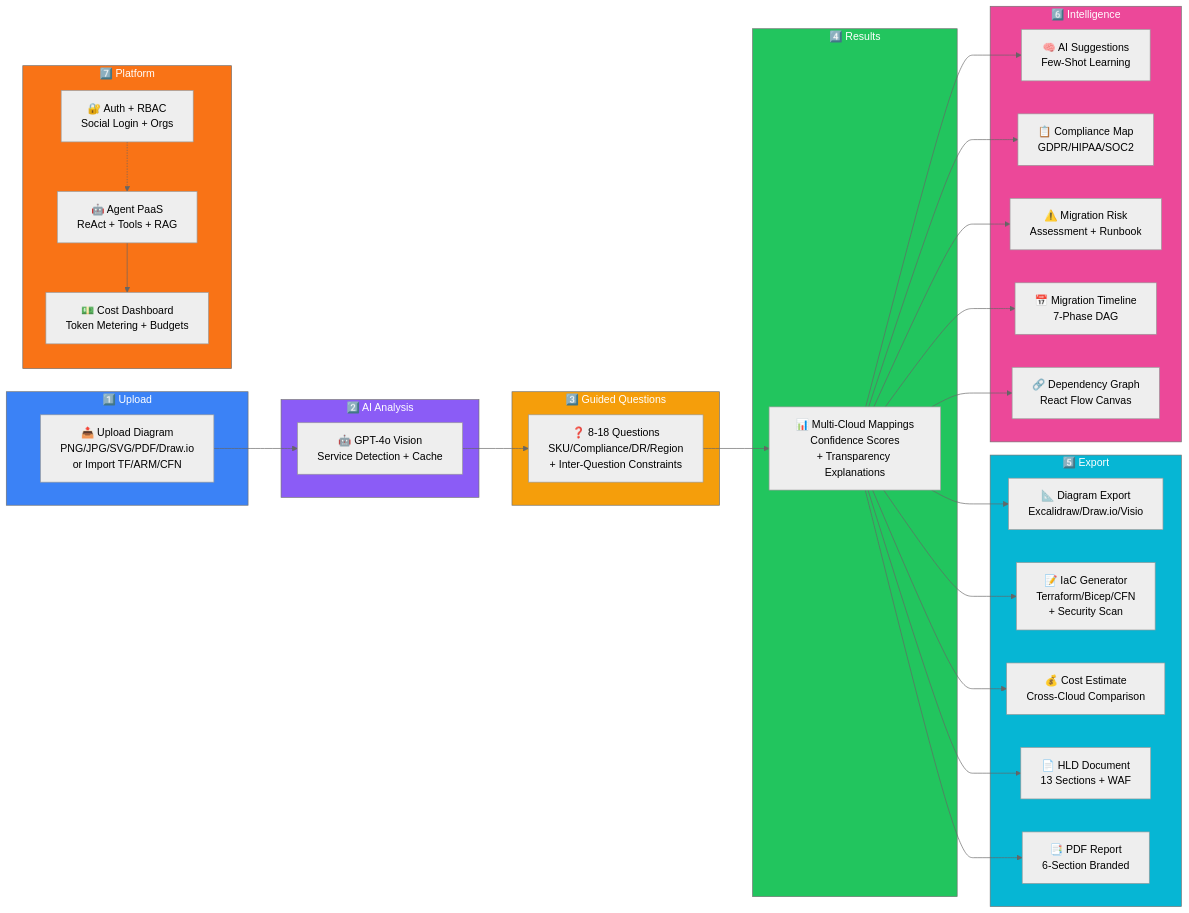
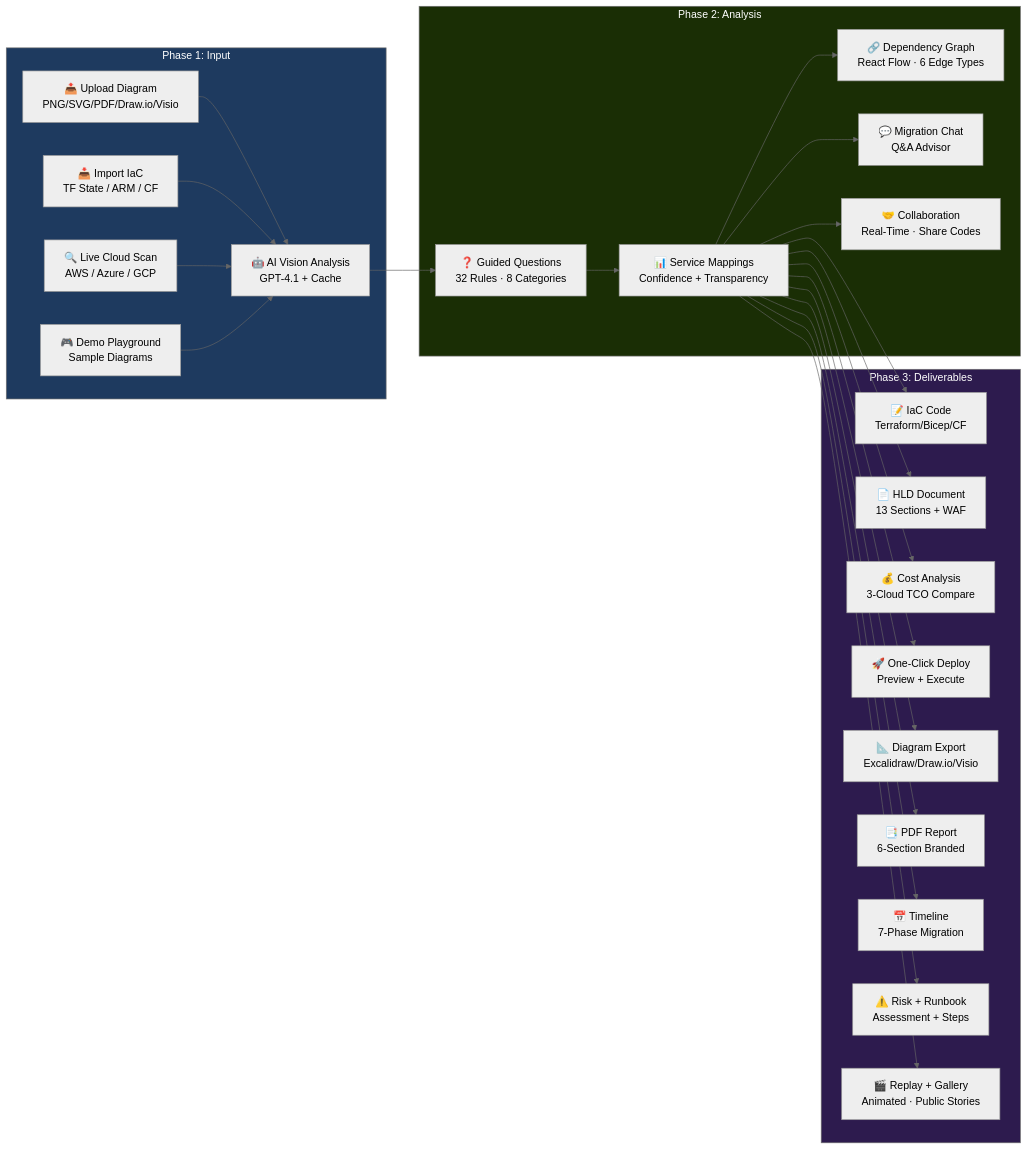
One commit to idokatz86/Archmorph changed the second of 2 diagrams in README.md. Above: the diagram before and after it, drawn with Mermaid (neutral theme). The commit also changed other lines of this file, not shown here.

Commit message:
docs: update User Journey to 3-phase flow with all v4.1 features

````diff
--- a/README.md
+++ b/README.md
@@ -314,61 +314,52 @@
 ```mermaid
 flowchart LR
-    subgraph Upload["1️⃣ Upload"]
-        A[📤 Upload Diagram<br/>PNG/JPG/SVG/PDF/Draw.io<br/>or Import TF/ARM/CFN]
+    subgraph Input["Phase 1: Input"]
+        A1[📤 Upload Diagram<br/>PNG/SVG/PDF/Draw.io/Visio]
+        A2[📥 Import IaC<br/>TF State / ARM / CF]
+        A3[🔍 Live Cloud Scan<br/>AWS / Azure / GCP]
+        A4[🎮 Demo Playground<br/>Sample Diagrams]
+        A5[🤖 AI Vision Analysis<br/>GPT-4.1 + Cache]
     end
     
-    subgraph Analysis["2️⃣ AI Analysis"]
-        B[🤖 GPT-4o Vision<br/>Service Detection + Cache]
+    subgraph Analysis["Phase 2: Analysis"]
+        B1[❓ Guided Questions<br/>32 Rules · 8 Categories]
+        B2[📊 Service Mappings<br/>Confidence + Transparency]
+        B3[🔗 Dependency Graph<br/>React Flow · 6 Edge Types]
+        B4[💬 Migration Chat<br/>Q&A Advisor]
+        B5[🤝 Collaboration<br/>Real-Time · Share Codes]
     end
     
-    subgraph Questions["3️⃣ Guided Questions"]
-        C[❓ 8-18 Questions<br/>SKU/Compliance/DR/Region<br/>+ Inter-Question Constraints]
+    subgraph Deliverables["Phase 3: Deliverables"]
+        C1[📝 IaC Code<br/>Terraform/Bicep/CF]
+        C2[📄 HLD Document<br/>13 Sections + WAF]
+        C3[💰 Cost Analysis<br/>3-Cloud TCO Compare]
+        C4[🚀 One-Click Deploy<br/>Preview + Execute]
+        C5[📐 Diagram Export<br/>Excalidraw/Draw.io/Visio]
+        C6[📑 PDF Report<br/>6-Section Branded]
+        C7[📅 Timeline<br/>7-Phase Migration]
+        C8[⚠️ Risk + Runbook<br/>Assessment + Steps]
+        C9[🎬 Replay + Gallery<br/>Animated · Public Stories]
     end
     
-    subgraph Results["4️⃣ Results"]
-        D[📊 Multi-Cloud Mappings<br/>Confidence Scores<br/>+ Transparency Explanations]
-    end
+    A1 --> A5
+    A2 --> A5
+    A3 --> A5
+    A4 --> A5
+    A5 --> B1 --> B2
+    B2 --> B3
+    B2 --> B4
+    B2 --> B5
+    B2 --> C1
+    B2 --> C2
+    B2 --> C3
+    B2 --> C4
+    B2 --> C5
+    B2 --> C6
+    B2 --> C7
+    B2 --> C8
+    B2 --> C9
     
-    subgraph Export["5️⃣ Export"]
-        E[📐 Diagram Export<br/>Excalidraw/Draw.io/Visio]
-        F[📝 IaC Generator<br/>Terraform/Bicep/CFN<br/>+ Security Scan]
-        G[💰 Cost Estimate<br/>Cross-Cloud Comparison]
-        H[📄 HLD Document<br/>13 Sections + WAF]
-        L[📑 PDF Report<br/>6-Section Branded]
-    end
-    
-    subgraph Intelligence["6️⃣ Intelligence"]
-        I[🧠 AI Suggestions<br/>Few-Shot Learning]
-        J[📋 Compliance Map<br/>GDPR/HIPAA/SOC2]
-        K[⚠️ Migration Risk<br/>Assessment + Runbook]
-        M[📅 Migration Timeline<br/>7-Phase DAG]
-        N[🔗 Dependency Graph<br/>React Flow Canvas]
-    end
-    
-    subgraph Platform["7️⃣ Platform"]
-        O[🤖 Agent PaaS<br/>ReAct + Tools + RAG]
-        P[💵 Cost Dashboard<br/>Token Metering + Budgets]
-        Q[🔐 Auth + RBAC<br/>Social Login + Orgs]
-    end
-    
-    A --> B --> C --> D --> E
-    D --> F
-    D --> G
-    D --> H
-    D --> L
-    D --> I
-    D --> J
-    D --> K
-    D --> M
-    D --> N
-    O --> P
-    Q -.-> O
-    
-    style Upload fill:#3B82F6,color:#fff
-    style Analysis fill:#8B5CF6,color:#fff
-    style Questions fill:#F59E0B,color:#fff
-    style Results fill:#22C55E,color:#fff
-    style Export fill:#06B6D4,color:#fff
-    style Intelligence fill:#EC4899,color:#fff
-    style Platform fill:#F97316,color:#fff
+    style Input fill:#1e3a5f,color:#fff
+    style Analysis fill:#1a2e05,color:#fff
+    style Deliverables fill:#2d1b4e,color:#fff
 ```
````
